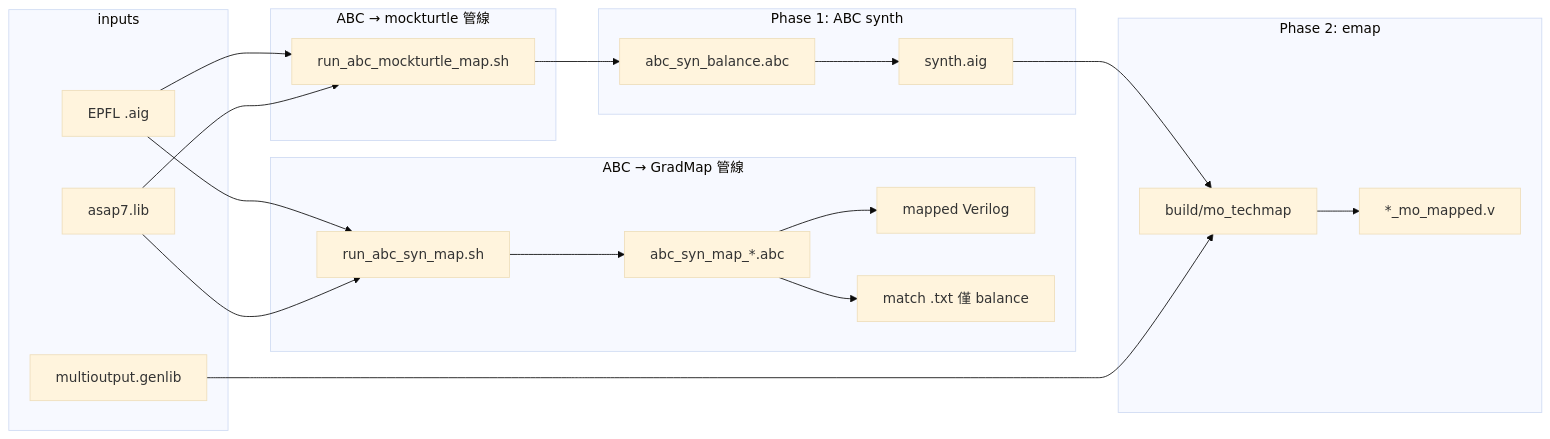
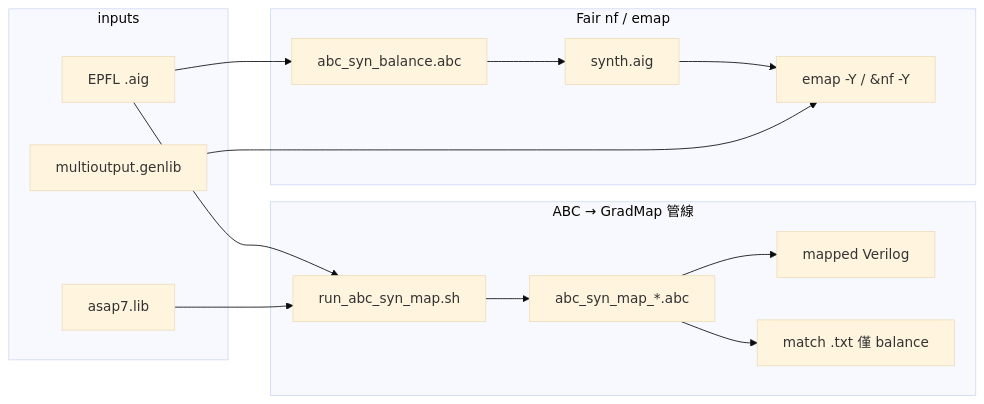
One commit to LiangYuJUI/multi_output_standard_cell changed the diagram in docs/SCRIPTS.md. Above: the diagram before and after it, drawn with Mermaid (base theme). The commit also changed other lines of this file and 36 other files, not shown here.

````diff
--- a/docs/SCRIPTS.md
+++ b/docs/SCRIPTS.md
@@ -37,41 +52,29 @@
 ```mermaid
 flowchart LR
   subgraph inputs
     AIG[EPFL .aig]
     LIB[asap7.lib]
     GENLIB[multioutput.genlib]
   end
 
   subgraph abc_gradmap["ABC → GradMap 管線"]
     R1[run_abc_syn_map.sh]
     T1[abc_syn_map_*.abc]
     V1[mapped Verilog]
     M1[match .txt 僅 balance]
     R1 --> T1 --> V1
     T1 --> M1
   end
 
-  subgraph abc_mo["ABC → mockturtle 管線"]
-    R2[run_abc_mockturtle_map.sh]
-  end
-
-  subgraph phase1["Phase 1: ABC synth"]
+  subgraph fair["Fair nf / emap"]
     T2[abc_syn_balance.abc]
     SA[synth.aig]
-    T2 --> SA
-  end
-
-  subgraph phase2["Phase 2: emap"]
-    MT[build/mo_techmap]
-    V2[*_mo_mapped.v]
-    MT --> V2
+    EM[emap -Y / &nf -Y]
+    T2 --> SA --> EM
   end
 
   AIG --> R1
-  AIG --> R2
+  AIG --> T2
   LIB --> R1
-  LIB --> R2
-  R2 --> T2
-  SA --> MT
-  GENLIB --> MT
+  GENLIB --> EM
 ```
````
